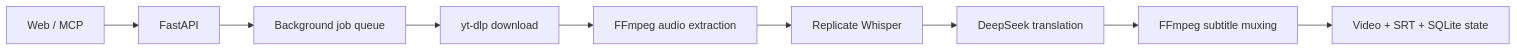
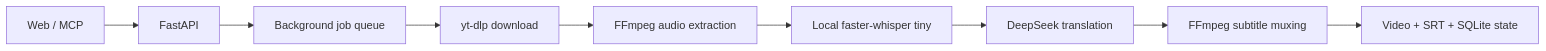
One commit to S-zhi/LynxSense changed the second of 2 diagrams in README.en.md. Above: the diagram before and after it, drawn with Mermaid. The commit also changed other lines of this file and 17 other files, not shown here.

Commit message:
Make local faster-whisper tiny the default transcriber

````diff
--- a/README.en.md
+++ b/README.en.md
@@ -295,11 +294,11 @@
 ```mermaid
 flowchart LR
     Client["Web / MCP"] --> API["FastAPI"]
     API --> Runner["Background job queue"]
     Runner --> Download["yt-dlp download"]
     Download --> Audio["FFmpeg audio extraction"]
-    Audio --> ASR["Replicate Whisper"]
+    Audio --> ASR["Local faster-whisper tiny"]
     ASR --> Translate["DeepSeek translation"]
     Translate --> Burn["FFmpeg subtitle muxing"]
     Burn --> Store["Video + SRT + SQLite state"]
 ```
````
